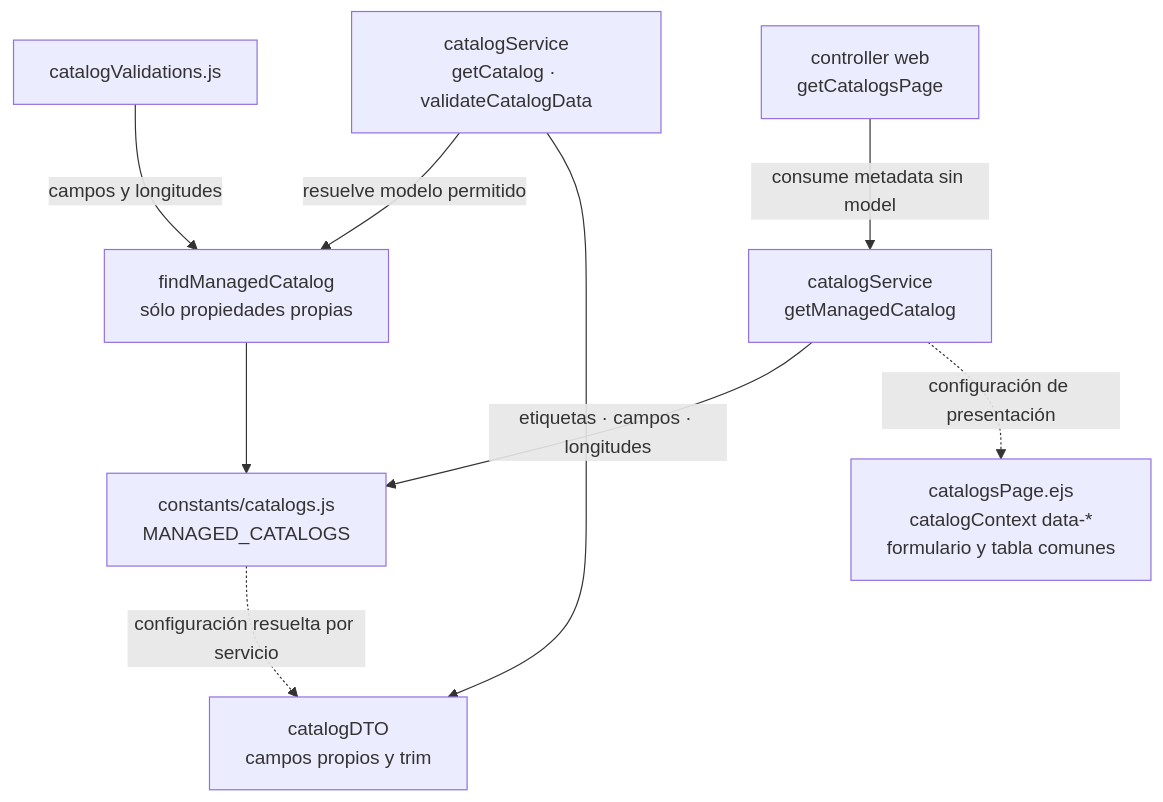
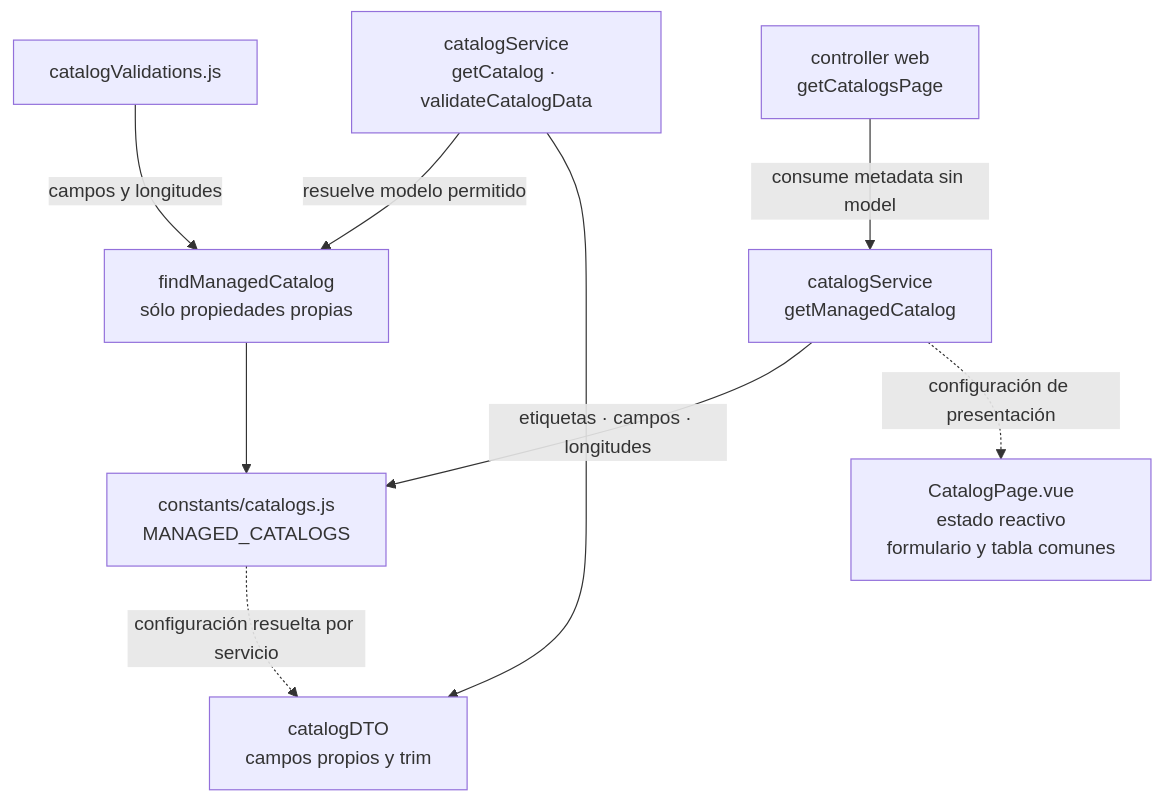
One commit to gpgsistemas01/nexus changed the diagram in back/docs/architecture/views/development/design-and-construction-patterns/08-catalog-registry-and-allowlist.md. Above: the diagram before and after it, drawn with Mermaid. The commit also changed other lines of this file and 956 other files, not shown here.

First line of the commit message:
refactor: retirar EJS y mantener Vue como única interfaz

````diff
--- a/back/docs/architecture/views/development/design-and-construction-patterns/08-catalog-registry-and-allowlist.md
+++ b/back/docs/architecture/views/development/design-and-construction-patterns/08-catalog-registry-and-allowlist.md
@@ -24,12 +24,12 @@
 ```mermaid
 flowchart TB
     registry["constants/catalogs.js<br/>MANAGED_CATALOGS"]
     lookup["findManagedCatalog<br/>sólo propiedades propias"] --> registry
     validator["catalogValidations.js"] -->|campos y longitudes| lookup
     service["catalogService<br/>getCatalog · validateCatalogData"] -->|resuelve modelo permitido| lookup
     service --> dto["catalogDTO<br/>campos propios y trim"]
     registry -.->|configuración resuelta por servicio| dto
     metadata["catalogService<br/>getManagedCatalog"] -->|etiquetas · campos · longitudes| registry
     web["controller web<br/>getCatalogsPage"] -->|consume metadata sin model| metadata
-    metadata -.->|configuración de presentación| view["catalogsPage.ejs<br/>catalogContext data-*<br/>formulario y tabla comunes"]
+    metadata -.->|configuración de presentación| view["CatalogPage.vue<br/>estado reactivo<br/>formulario y tabla comunes"]
 ```
````
